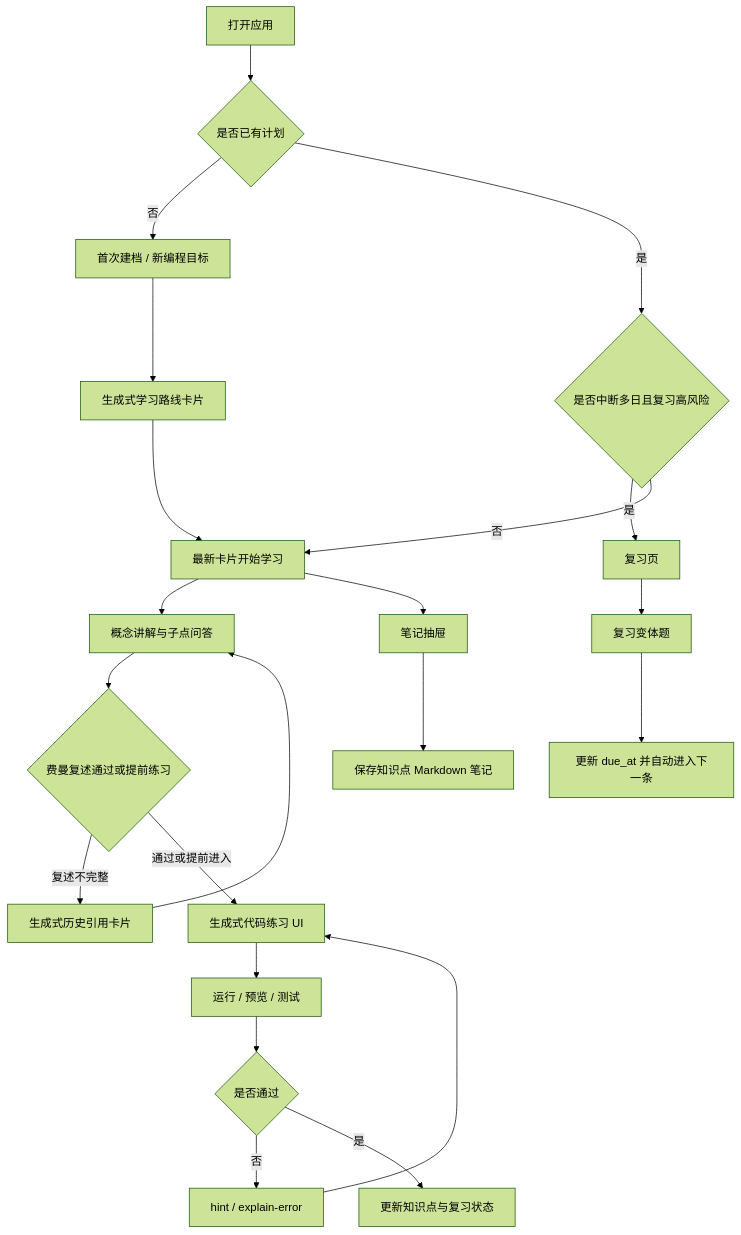
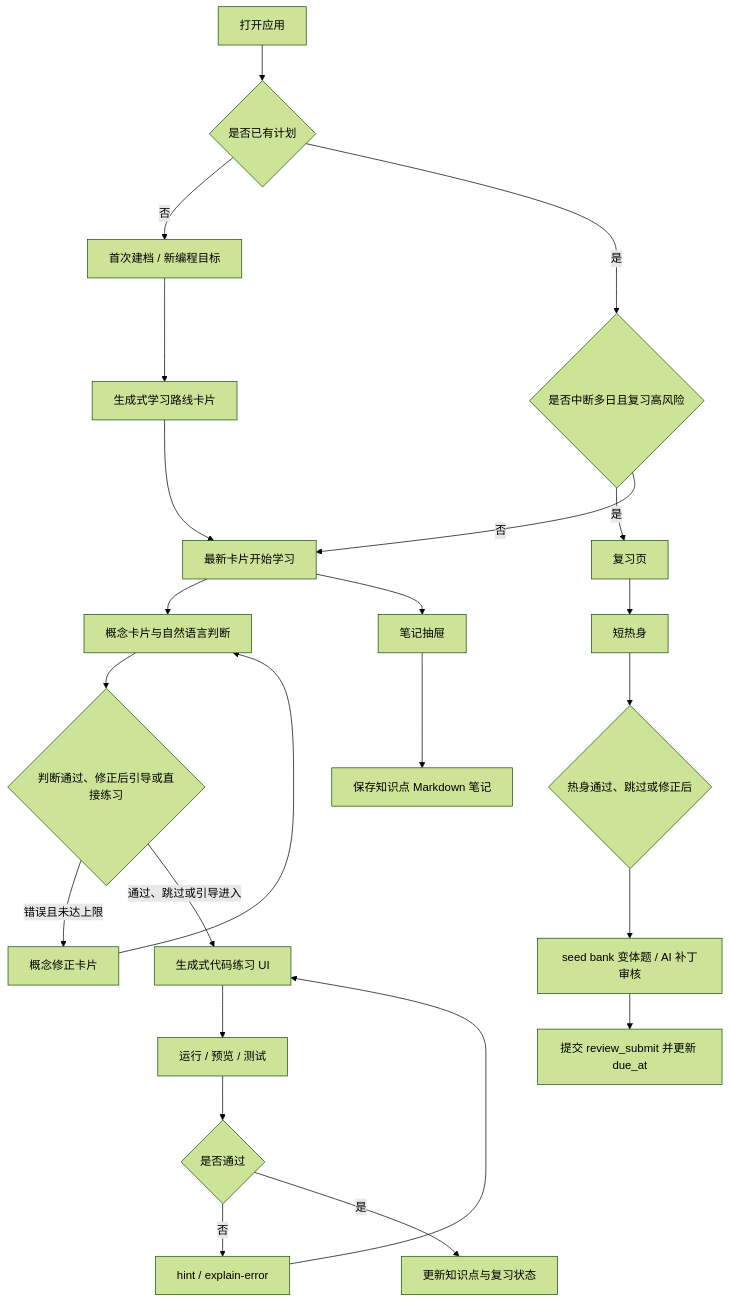
The diagram in docs/product/user-flows.md (P1nL/Aearn), drawn with Mermaid (forest theme) before and after one commit. The commit also changed other lines of this file and 51 other files, not shown here.

Commit message:
feat(learning,review): add concept checks and review seed banks

````diff
--- a/docs/product/user-flows.md
+++ b/docs/product/user-flows.md
@@ -731,24 +745,26 @@
 ```mermaid
 flowchart TD
   A["打开应用"] --> B{"是否已有计划"}
   B -->|否| C["首次建档 / 新编程目标"]
   C --> D["生成式学习路线卡片"]
   D --> E["最新卡片开始学习"]
   B -->|是| F{"是否中断多日且复习高风险"}
   F -->|是| G["复习页"]
   F -->|否| E
-  E --> Q["概念讲解与子点问答"]
-  Q --> R{"费曼复述通过或提前练习"}
-  R -->|复述不完整| S["生成式历史引用卡片"]
+  E --> Q["概念卡片与自然语言判断"]
+  Q --> R{"判断通过、修正后引导或直接练习"}
+  R -->|错误且未达上限| S["概念修正卡片"]
   S --> Q
-  R -->|通过或提前进入| H["生成式代码练习 UI"]
+  R -->|通过、跳过或引导进入| H["生成式代码练习 UI"]
   H --> I["运行 / 预览 / 测试"]
   I --> J{"是否通过"}
   J -->|否| K["hint / explain-error"]
   K --> H
   J -->|是| L["更新知识点与复习状态"]
   E --> M["笔记抽屉"]
   M --> N["保存知识点 Markdown 笔记"]
-  G --> O["复习变体题"]
-  O --> P["更新 due_at 并自动进入下一条"]
+  G --> O["短热身"]
+  O --> T{"热身通过、跳过或修正后"}
+  T --> U["seed bank 变体题 / AI 补丁审核"]
+  U --> P["提交 review_submit 并更新 due_at"]
 ```
````
